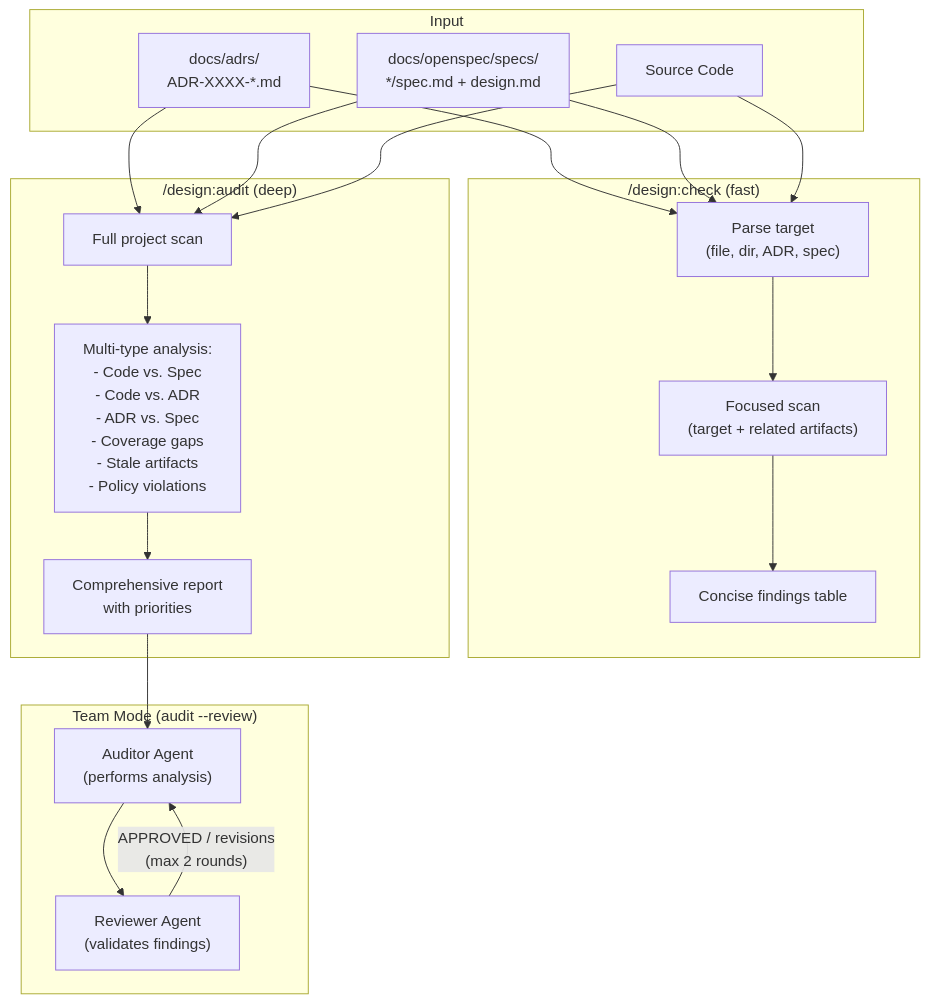
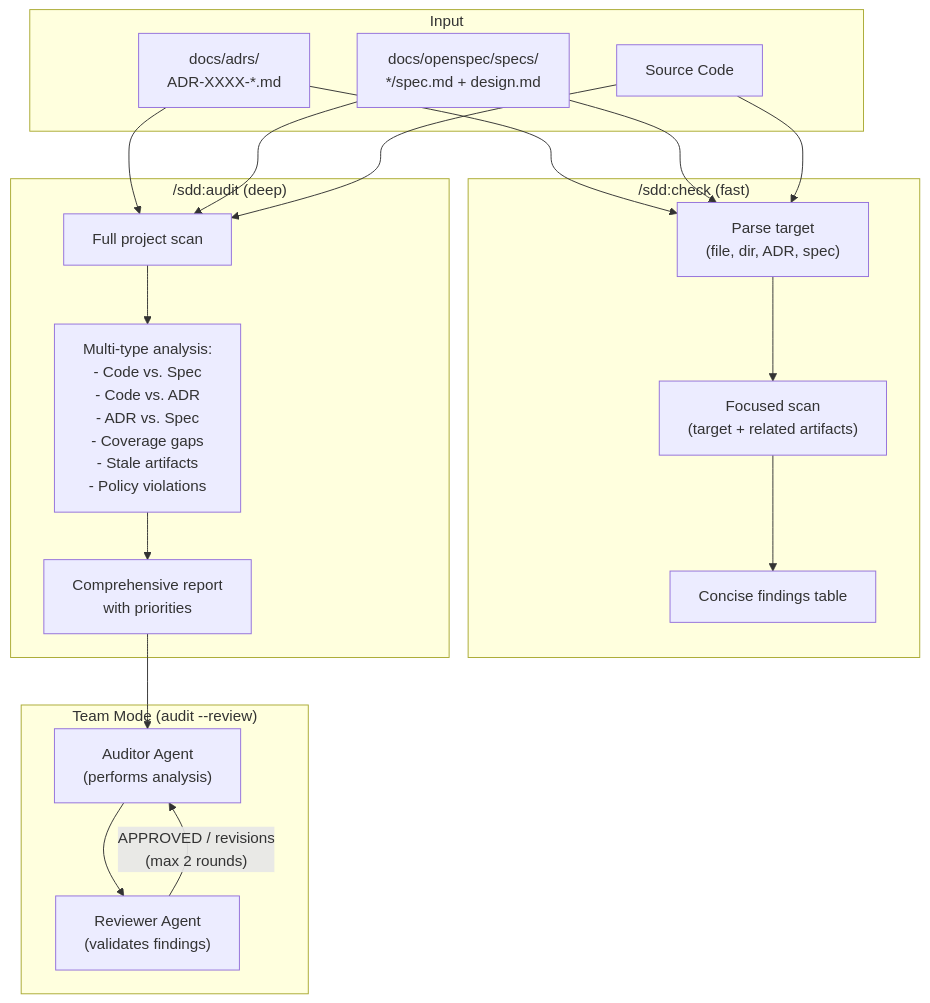
The diagram in docs/openspec/specs/drift-introspection/design.md (joestump/claude-plugin-design), drawn with Mermaid before and after one commit. The commit also changed other lines of this file and 106 other files, not shown here.

First line of the commit message:
Rename plugin: design → sdd (Spec-Driven Development) (#75)

````diff
--- a/docs/openspec/specs/drift-introspection/design.md
+++ b/docs/openspec/specs/drift-introspection/design.md
@@ -46,40 +46,40 @@
 ```mermaid
 flowchart TB
     subgraph Input
         adrs["docs/adrs/\nADR-XXXX-*.md"]
         specs["docs/openspec/specs/\n*/spec.md + design.md"]
         code["Source Code"]
     end
 
-    subgraph "/design:check (fast)"
+    subgraph "/sdd:check (fast)"
         check_parse["Parse target\n(file, dir, ADR, spec)"]
         check_scan["Focused scan\n(target + related artifacts)"]
         check_report["Concise findings table"]
     end
 
-    subgraph "/design:audit (deep)"
+    subgraph "/sdd:audit (deep)"
         audit_scan["Full project scan"]
         audit_analysis["Multi-type analysis:\n- Code vs. Spec\n- Code vs. ADR\n- ADR vs. Spec\n- Coverage gaps\n- Stale artifacts\n- Policy violations"]
         audit_report["Comprehensive report\nwith priorities"]
     end
 
     subgraph "Team Mode (audit --review)"
         auditor["Auditor Agent\n(performs analysis)"]
         reviewer["Reviewer Agent\n(validates findings)"]
     end
 
     adrs --> check_parse
     specs --> check_parse
     code --> check_parse
     check_parse --> check_scan
     check_scan --> check_report
 
     adrs --> audit_scan
     specs --> audit_scan
     code --> audit_scan
     audit_scan --> audit_analysis
     audit_analysis --> audit_report
     audit_report --> auditor
     auditor --> reviewer
     reviewer -->|"APPROVED / revisions\n(max 2 rounds)"| auditor
 ```
````
